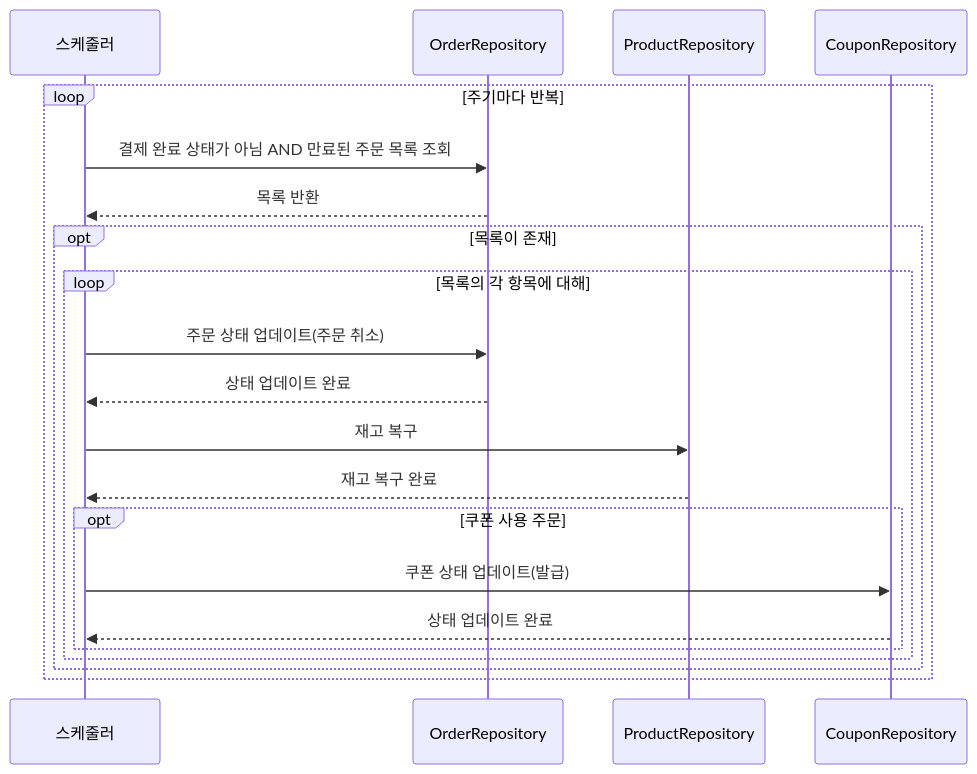
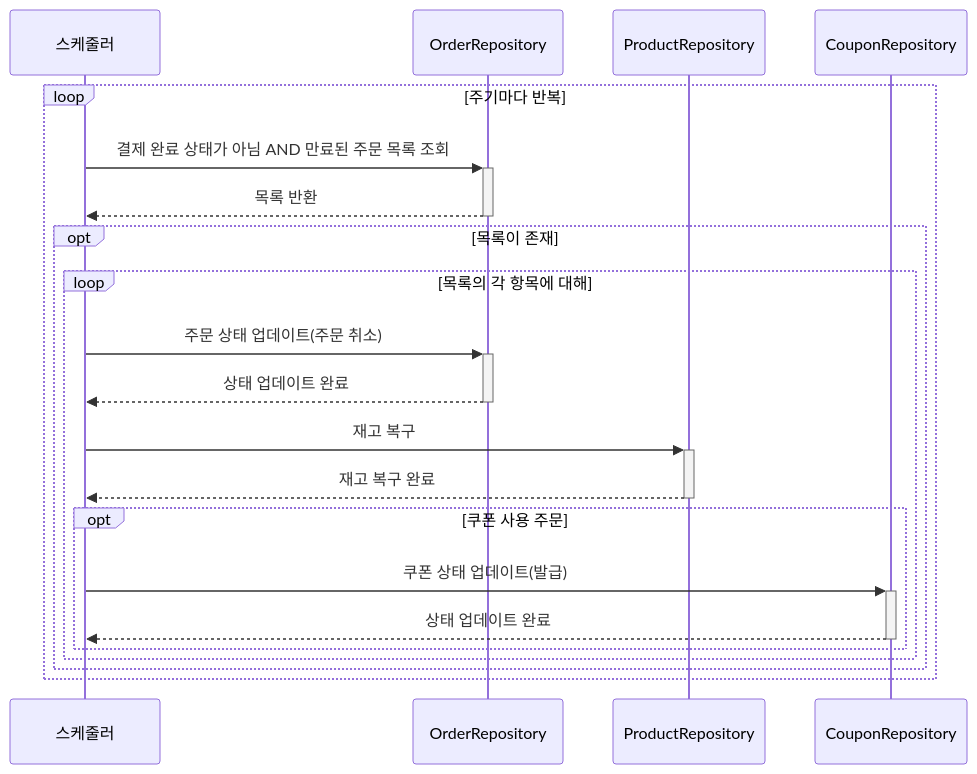
One commit to letter333/hhplus-be9-commerce changed the second of 2 diagrams in docs/diagram/Order-SequenceDiagram.md. Above: the diagram before and after it, drawn with Mermaid. The commit also changed other lines of this file and 11 other files, not shown here.

````diff
--- a/docs/diagram/Order-SequenceDiagram.md
+++ b/docs/diagram/Order-SequenceDiagram.md
@@ -57,27 +58,27 @@
 ```mermaid
 sequenceDiagram
     participant Scheduler as 스케줄러
     participant OrderRepository
     participant ProductRepository
     participant CouponRepository
     
     loop 주기마다 반복
-        Scheduler->>OrderRepository: 결제 완료 상태가 아님 AND 만료된 주문 목록 조회
-        OrderRepository-->>Scheduler: 목록 반환
+        Scheduler->>+OrderRepository: 결제 완료 상태가 아님 AND 만료된 주문 목록 조회
+        OrderRepository-->>-Scheduler: 목록 반환
         
         opt 목록이 존재
             loop 목록의 각 항목에 대해
-                Scheduler->>OrderRepository: 주문 상태 업데이트(주문 취소)
-                OrderRepository-->>Scheduler: 상태 업데이트 완료
+                Scheduler->>+OrderRepository: 주문 상태 업데이트(주문 취소)
+                OrderRepository-->>-Scheduler: 상태 업데이트 완료
                 
-                Scheduler->>ProductRepository: 재고 복구
-                ProductRepository-->>Scheduler: 재고 복구 완료
+                Scheduler->>+ProductRepository: 재고 복구
+                ProductRepository-->>-Scheduler: 재고 복구 완료
                 
                 opt 쿠폰 사용 주문
-                    Scheduler->>CouponRepository: 쿠폰 상태 업데이트(발급)
-                    CouponRepository-->>Scheduler: 상태 업데이트 완료
+                    Scheduler->>+CouponRepository: 쿠폰 상태 업데이트(발급)
+                    CouponRepository-->>-Scheduler: 상태 업데이트 완료
                 end
             end
         end
     end
 ```
````
